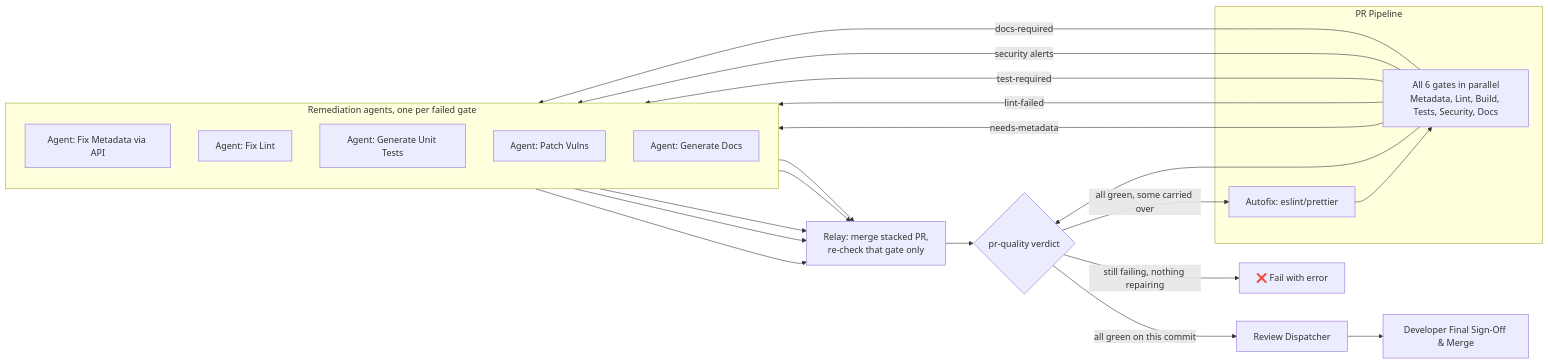
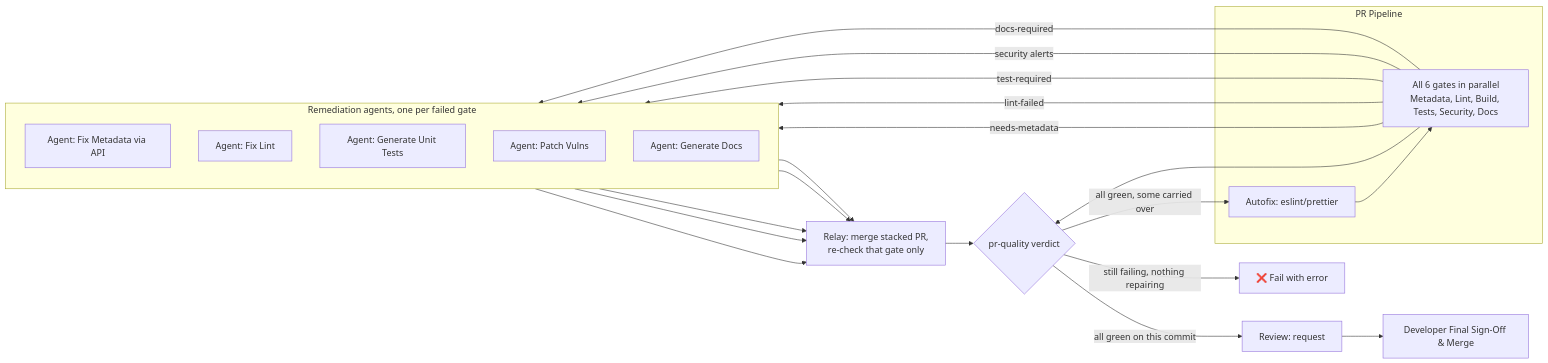
The diagram in docs/mermaid/remediation_loops_overview.mermaid (SitoaderOrg/ForgeFlow), drawn with Mermaid before and after one commit. The commit also changed 89 other files, not shown here.

```diff
--- a/docs/mermaid/remediation_loops_overview.mermaid
+++ b/docs/mermaid/remediation_loops_overview.mermaid
@@ -1,28 +1,28 @@
 flowchart LR
     subgraph Orchestrator [PR Pipeline]
         AF[Autofix: eslint/prettier]
         G[All 6 gates in parallel\nMetadata, Lint, Build, Tests, Security, Docs]
         AF --> G
     end
 
     subgraph Agents [Remediation agents, one per failed gate]
         direction TB
         A1[Agent: Fix Metadata via API]
         A2[Agent: Fix Lint]
         A4[Agent: Generate Unit Tests]
         A3[Agent: Patch Vulns]
         A5[Agent: Generate Docs]
     end
 
     G -->|needs-metadata| A1
     G -->|lint-failed| A2
     G -->|test-required| A4
     G -->|security alerts| A3
     G -->|docs-required| A5
 
     A1 & A2 & A3 & A4 & A5 --> Relay[Relay: merge stacked PR,\nre-check that gate only]
     Relay --> V{pr-quality verdict}
     G --> V
     V -->|all green, some carried over| AF
     V -->|still failing, nothing repairing| Fail[❌ Fail with error]
-    V -->|all green on this commit| Dispatcher[Review Dispatcher] --> Review[Developer Final Sign-Off & Merge]
+    V -->|all green on this commit| Dispatcher[Review: request] --> Review[Developer Final Sign-Off & Merge]
```
